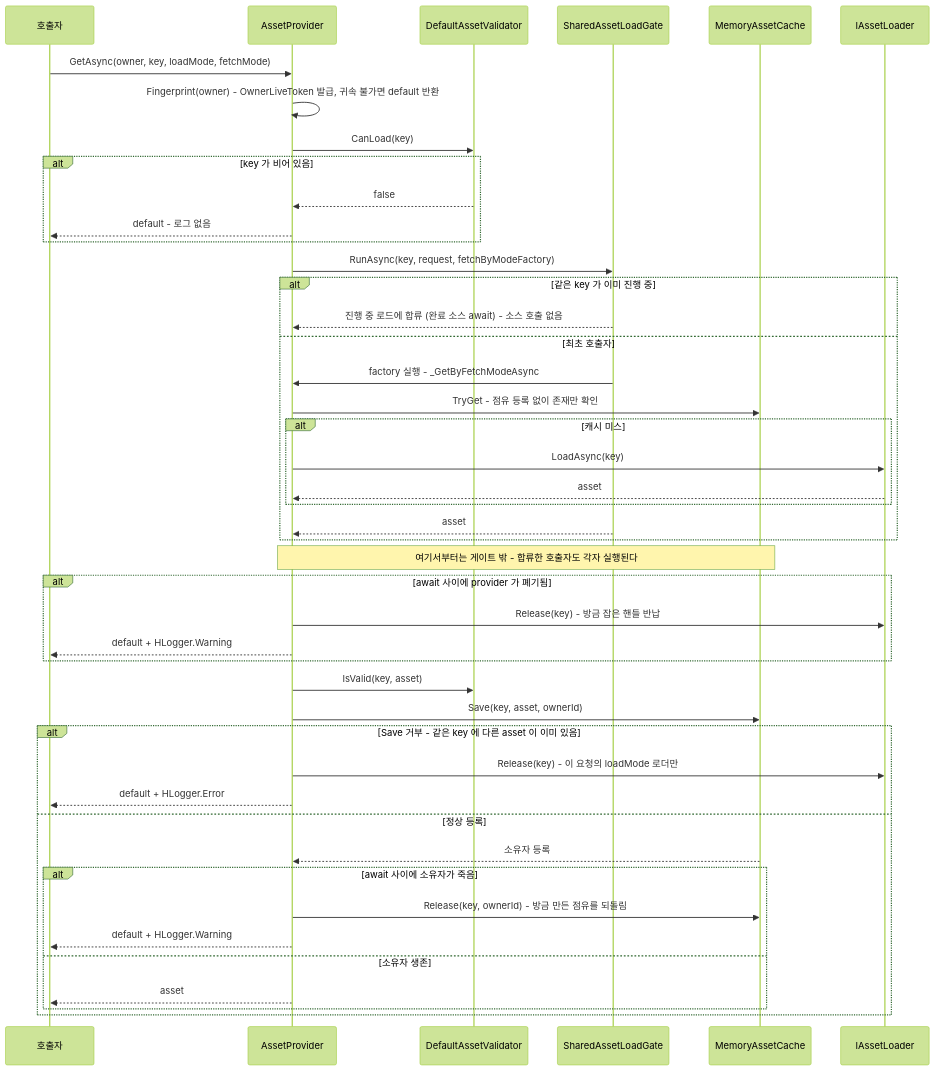
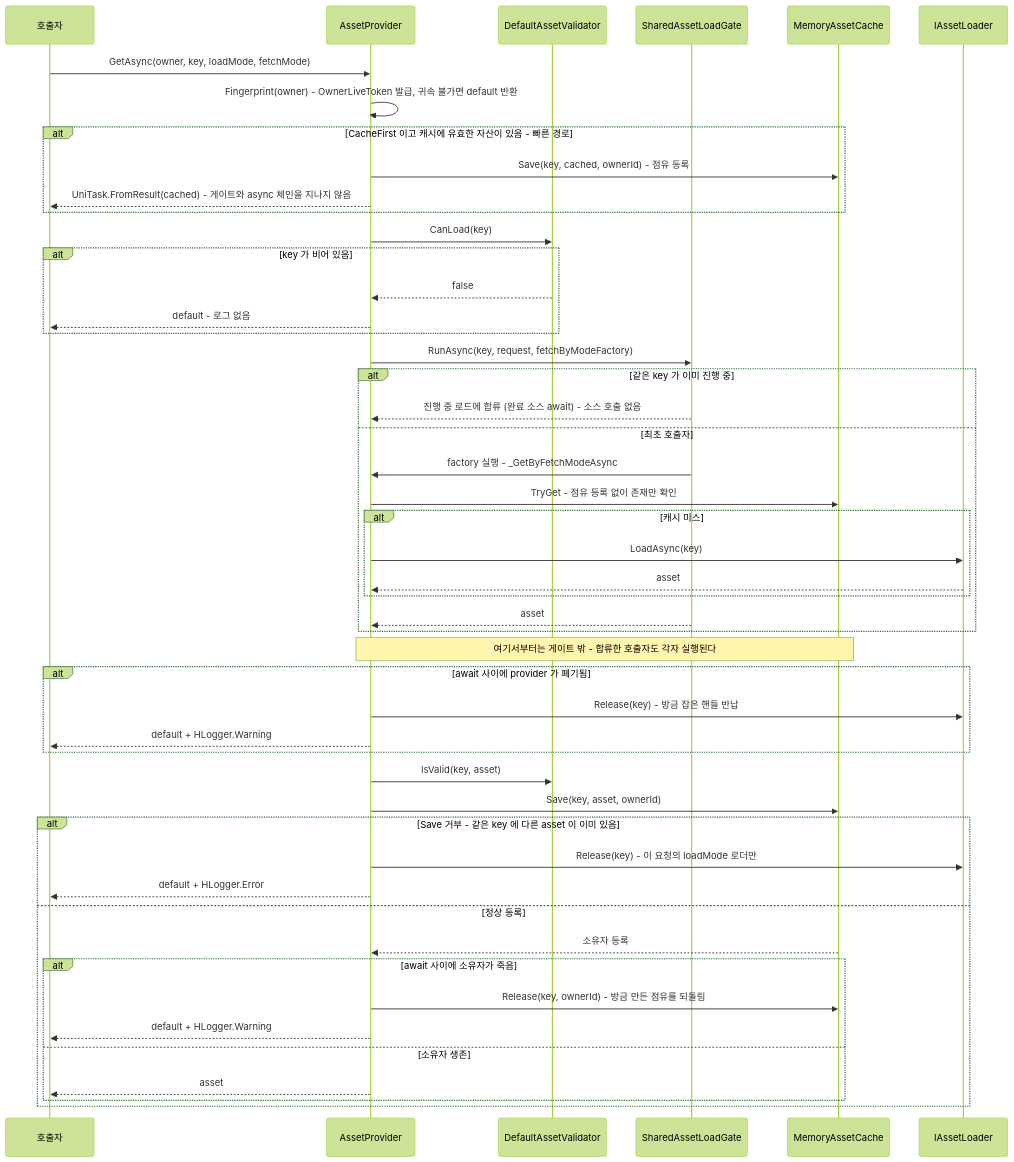
Before and after one commit to HoHong123/HCUP-Unity: the second of 3 diagrams in HResource/Runtime/README.md, drawn with Mermaid (forest theme). The commit also changed other lines of this file, not shown here.

Commit message:
[Docs] 📝 23.09.26 Describe the owner count structure and the fast path in the runtime README

````diff
--- a/HResource/Runtime/README.md
+++ b/HResource/Runtime/README.md
@@ -146,48 +146,52 @@
 ```mermaid
 sequenceDiagram
     participant C as 호출자
     participant P as AssetProvider
     participant V as DefaultAssetValidator
     participant G as SharedAssetLoadGate
     participant M as MemoryAssetCache
     participant L as IAssetLoader
 
     C->>P: GetAsync(owner, key, loadMode, fetchMode)
     P->>P: Fingerprint(owner) - OwnerLiveToken 발급, 귀속 불가면 default 반환
+    alt CacheFirst 이고 캐시에 유효한 자산이 있음 - 빠른 경로
+        P->>M: Save(key, cached, ownerId) - 점유 등록
+        P-->>C: UniTask.FromResult(cached) - 게이트와 async 체인을 지나지 않음
+    end
     P->>V: CanLoad(key)
     alt key 가 비어 있음
         V-->>P: false
         P-->>C: default - 로그 없음
     end
     P->>G: RunAsync(key, request, fetchByModeFactory)
     alt 같은 key 가 이미 진행 중
         G-->>P: 진행 중 로드에 합류 (완료 소스 await) - 소스 호출 없음
     else 최초 호출자
         G->>P: factory 실행 - _GetByFetchModeAsync
         P->>M: TryGet - 점유 등록 없이 존재만 확인
         alt 캐시 미스
             P->>L: LoadAsync(key)
             L-->>P: asset
         end
         G-->>P: asset
     end
     Note over P,M: 여기서부터는 게이트 밖 - 합류한 호출자도 각자 실행된다
     alt await 사이에 provider 가 폐기됨
         P->>L: Release(key) - 방금 잡은 핸들 반납
         P-->>C: default + HLogger.Warning
     end
     P->>V: IsValid(key, asset)
     P->>M: Save(key, asset, ownerId)
     alt Save 거부 - 같은 key 에 다른 asset 이 이미 있음
         P->>L: Release(key) - 이 요청의 loadMode 로더만
         P-->>C: default + HLogger.Error
     else 정상 등록
         M-->>P: 소유자 등록
         alt await 사이에 소유자가 죽음
             P->>M: Release(key, ownerId) - 방금 만든 점유를 되돌림
             P-->>C: default + HLogger.Warning
         else 소유자 생존
             P-->>C: asset
         end
     end
 ```
````
